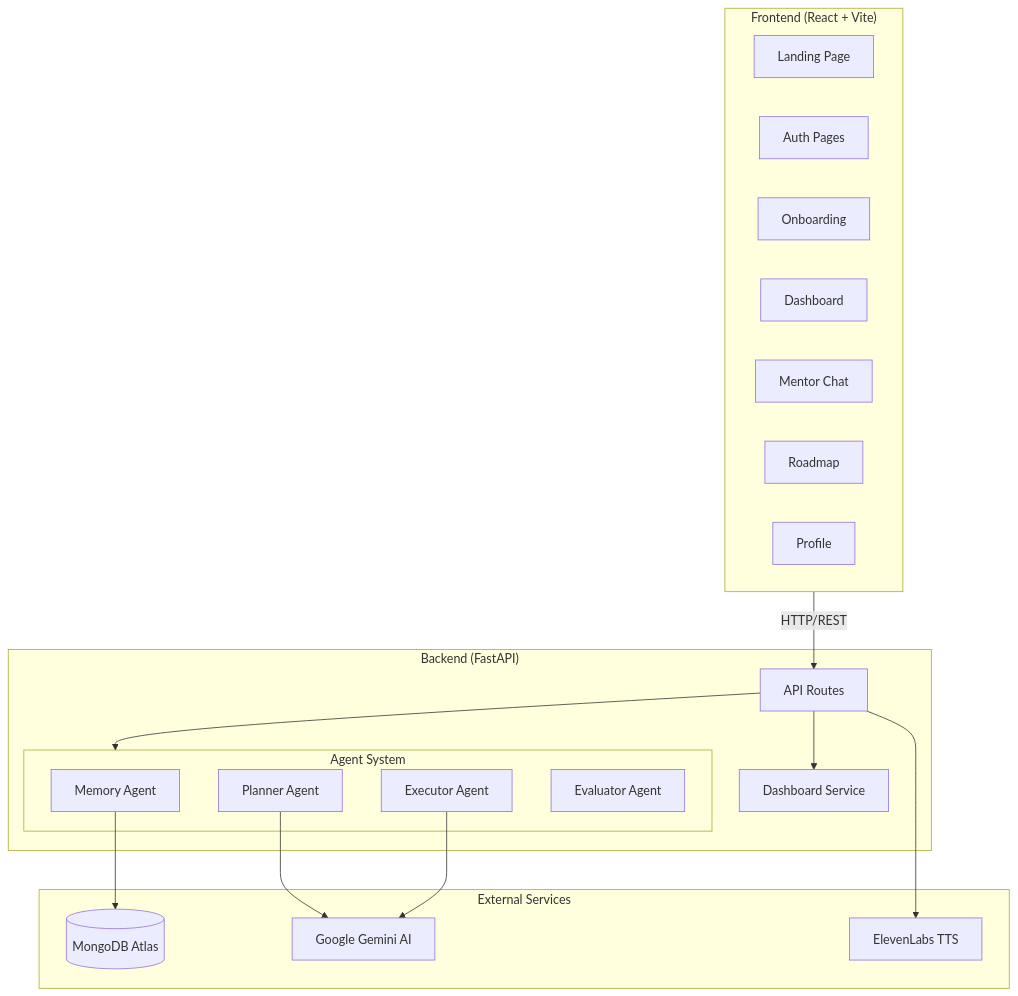
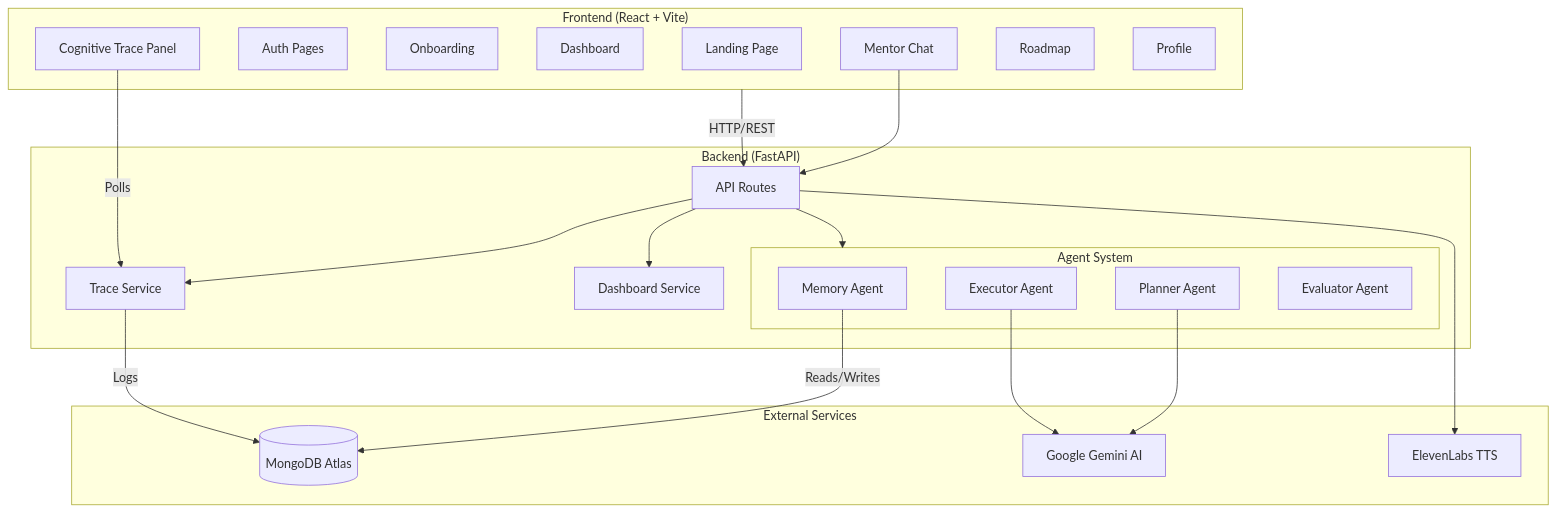
The first of 3 diagrams in README.md (akshanshmaurya/Synapse), drawn with Mermaid before and after one commit. The commit also changed other lines of this file and 2 other files, not shown here.

Commit message:
docs: Add comprehensive backend and frontend analysis reports, detailing architecture, API endpoints, agent system, and the new dashboard service.

````diff
--- a/README.md
+++ b/README.md
@@ -44,37 +44,46 @@
 ```mermaid
 flowchart TB
     subgraph Frontend["Frontend (React + Vite)"]
         LP[Landing Page]
         AUTH[Auth Pages]
         OB[Onboarding]
         DASH[Dashboard]
         MENTOR[Mentor Chat]
+        TRACE_UI[Cognitive Trace Panel]
         ROAD[Roadmap]
         PROF[Profile]
     end
     
     subgraph Backend["Backend (FastAPI)"]
         API[API Routes]
         subgraph Agents["Agent System"]
             MEM[Memory Agent]
             PLAN[Planner Agent]
             EXEC[Executor Agent]
             EVAL[Evaluator Agent]
         end
         DASH_SVC[Dashboard Service]
+        TRACE_SVC[Trace Service]
     end
     
     subgraph External["External Services"]
         MONGO[(MongoDB Atlas)]
         GEMINI[Google Gemini AI]
         ELEVEN[ElevenLabs TTS]
     end
     
     Frontend --> |HTTP/REST| API
     API --> Agents
     API --> DASH_SVC
-    MEM --> MONGO
+    API --> TRACE_SVC
+    
+    MEM --> |Reads/Writes| MONGO
+    TRACE_SVC --> |Logs| MONGO
+    
     PLAN --> GEMINI
     EXEC --> GEMINI
     API --> ELEVEN
+    
+    MENTOR --> API
+    TRACE_UI --> |Polls| TRACE_SVC
 ```
````
